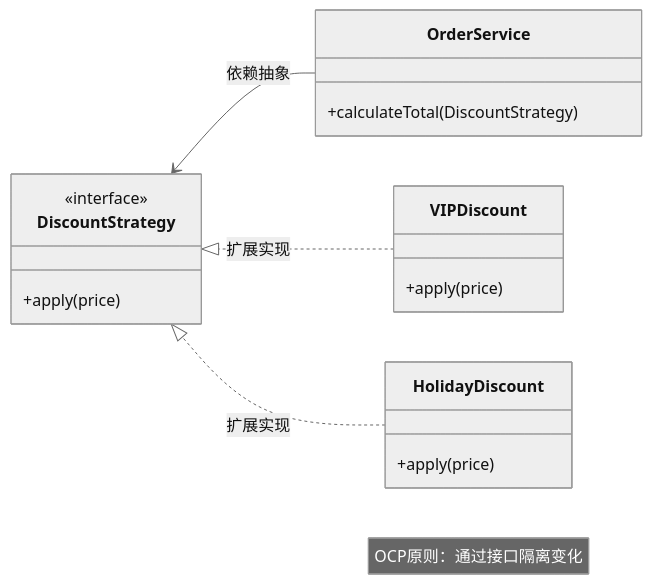
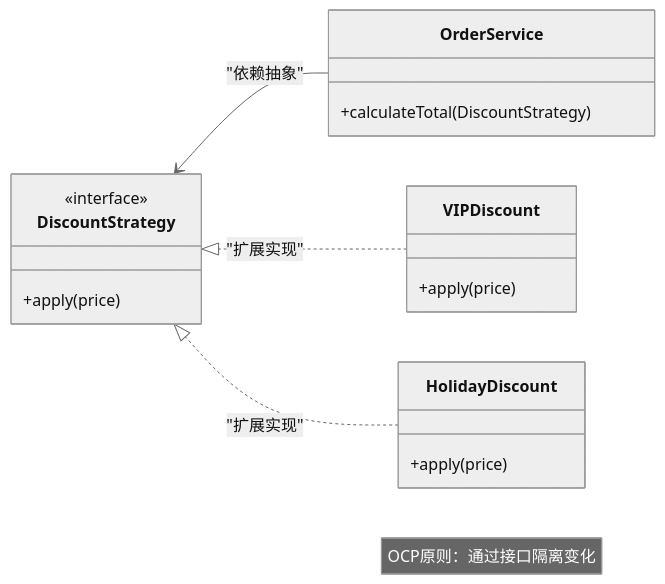
Before and after one commit to saymealoud/saymeevetime.icu: the first of 3 diagrams in docs/posts/prevent-software-degradation.md, drawn with Mermaid (neutral theme). The commit also changed other lines of this file, not shown here.

Commit message:
Fix: resolve Mermaid syntax errors and remove unsupported infographic blocks

````diff
--- a/docs/posts/prevent-software-degradation.md
+++ b/docs/posts/prevent-software-degradation.md
@@ -57,22 +41,22 @@
 ```mermaid
 classDiagram
     direction RL
     note "OCP原则：通过接口隔离变化"
     class OrderService {
         +calculateTotal(DiscountStrategy)
     }
     class DiscountStrategy {
         <<interface>>
         +apply(price)
     }
     class VIPDiscount {
         +apply(price)
     }
     class HolidayDiscount {
         +apply(price)
     }
     
-    OrderService --> DiscountStrategy : 依赖抽象
-    VIPDiscount ..|> DiscountStrategy : 扩展实现
-    HolidayDiscount ..|> DiscountStrategy : 扩展实现
+    OrderService --> DiscountStrategy : "依赖抽象"
+    VIPDiscount ..|> DiscountStrategy : "扩展实现"
+    HolidayDiscount ..|> DiscountStrategy : "扩展实现"
 ```
````
